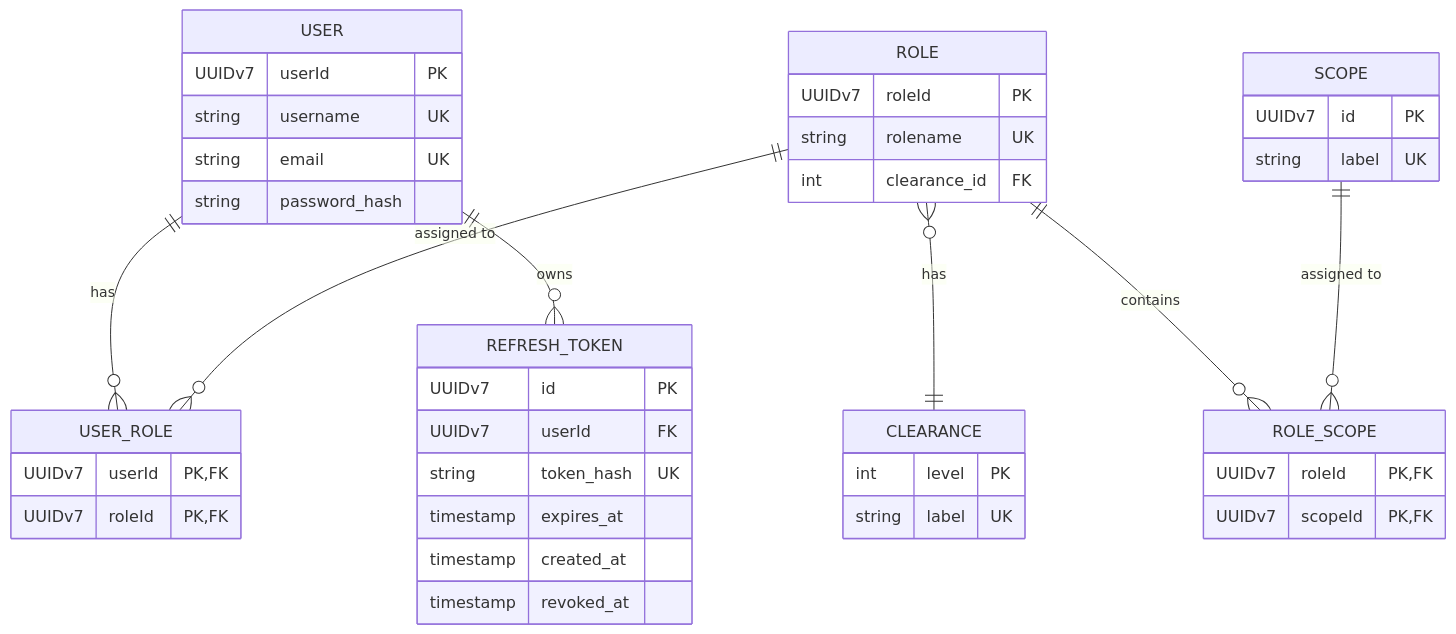
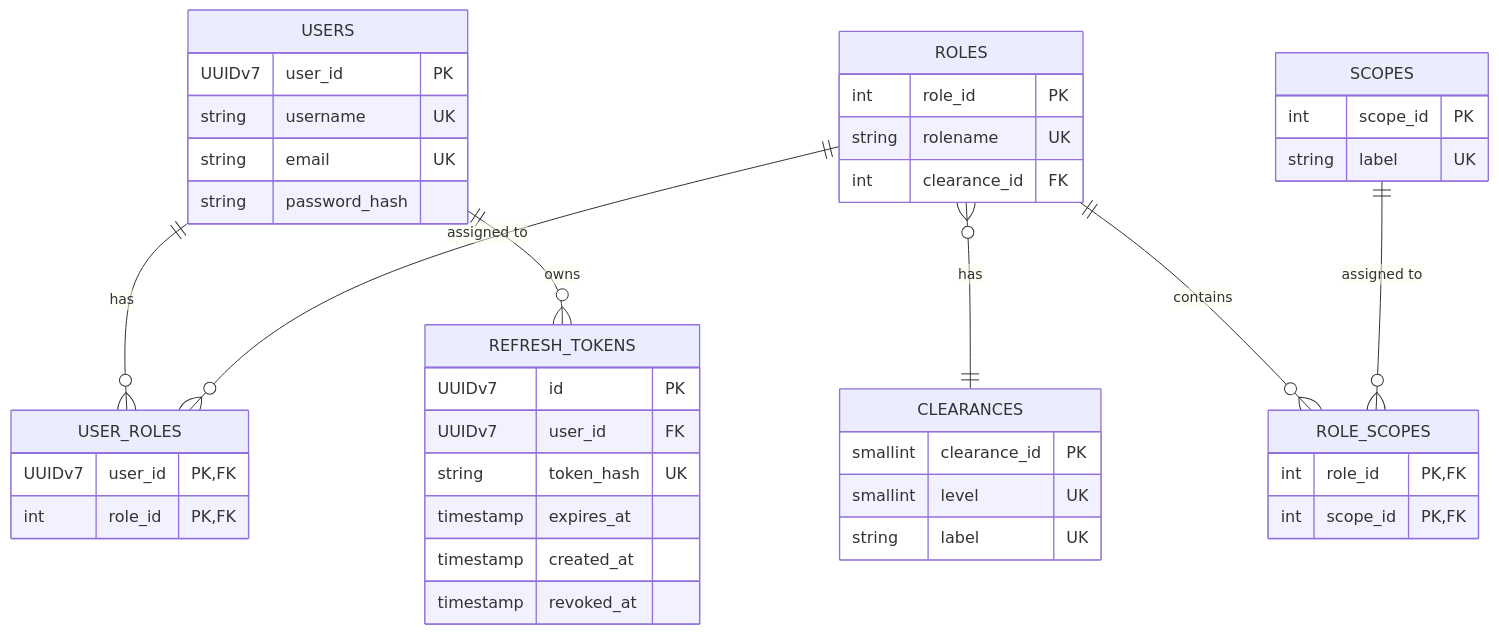
Before and after one commit to InfoBrees/capitly: the diagram in capitly/auth/docs/auth_database.md, drawn with Mermaid. The commit also changed other lines of this file and 3 other files, not shown here.

````diff
--- a/capitly/auth/docs/auth_database.md
+++ b/capitly/auth/docs/auth_database.md
@@ -21,51 +21,52 @@
 ```mermaid
 erDiagram
-    USER {
-        UUIDv7 userId PK
+    USERS {
+        UUIDv7 user_id PK
         string username UK
         string email UK
         string password_hash
     }
 
-    ROLE {
-        UUIDv7 roleId PK
+    ROLES {
+        int role_id PK
         string rolename UK
         int clearance_id FK
     }
 
-    CLEARANCE {
-        int level PK
+    CLEARANCES {
+        smallint clearance_id PK
+        smallint level UK
         string label UK
     }
 
-    SCOPE {
-        UUIDv7 id PK
+    SCOPES {
+        int scope_id PK
         string label UK
     }
 
-    USER_ROLE {
-        UUIDv7 userId PK, FK
-        UUIDv7 roleId PK, FK
+    USER_ROLES {
+        UUIDv7 user_id PK, FK
+        int role_id PK, FK
     }
 
-    ROLE_SCOPE {
-        UUIDv7 roleId PK, FK
-        UUIDv7 scopeId PK, FK
+    ROLE_SCOPES {
+        int role_id PK, FK
+        int scope_id PK, FK
     }
 
-    REFRESH_TOKEN {
+    REFRESH_TOKENS {
         UUIDv7 id PK
-        UUIDv7 userId FK
+        UUIDv7 user_id FK
         string token_hash UK
         timestamp expires_at
         timestamp created_at
         timestamp revoked_at
     }
 
-    USER ||--o{ USER_ROLE : "has"
-    ROLE ||--o{ USER_ROLE : "assigned to"
-    ROLE }o--|| CLEARANCE : "has"
-    ROLE ||--o{ ROLE_SCOPE : "contains"
-    SCOPE ||--o{ ROLE_SCOPE : "assigned to"
-    USER ||--o{ REFRESH_TOKEN : "owns"
+    USERS ||--o{ USER_ROLES : "has"
+    ROLES ||--o{ USER_ROLES : "assigned to"
+    ROLES }o--|| CLEARANCES : "has"
+    ROLES ||--o{ ROLE_SCOPES : "contains"
+    SCOPES ||--o{ ROLE_SCOPES : "assigned to"
+    USERS ||--o{ REFRESH_TOKENS : "owns"
 ```
````
